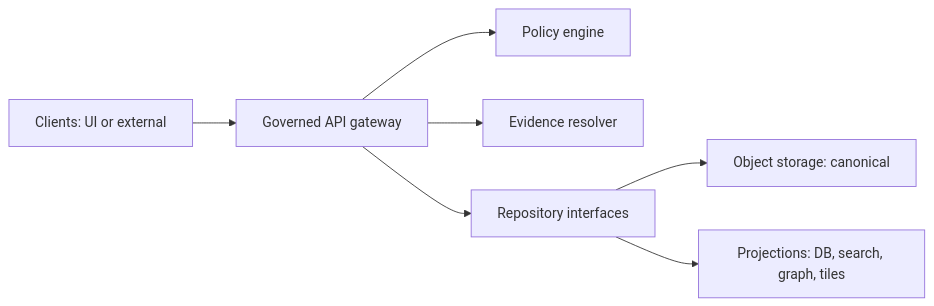
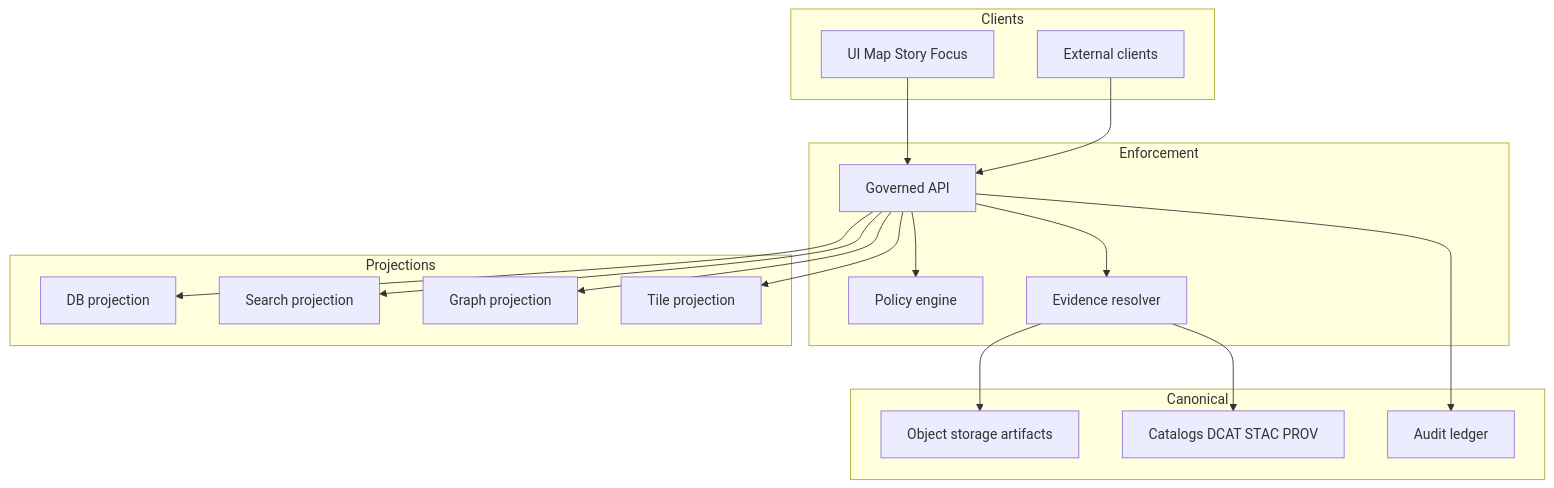
One commit to bartytime4life/Kansas-Frontier-Matrix changed the second of 3 diagrams in README.md. Above: the diagram before and after it, drawn with Mermaid. The commit also changed other lines of this file, not shown here.

````diff
--- a/README.md
+++ b/README.md
@@ -101,9 +188,38 @@
-```mermaid
-flowchart LR
-  U[Clients: UI or external] --> API[Governed API gateway]
-  API --> PE[Policy engine]
-  API --> ER[Evidence resolver]
-  API --> RI[Repository interfaces]
-  RI --> OS[Object storage: canonical]
-  RI --> PR[Projections: DB, search, graph, tiles]
-```
+~~~mermaid
+flowchart TB
+  subgraph Clients
+    UI[UI Map Story Focus]
+    EXT[External clients]
+  end
+
+  subgraph Enforcement
+    API[Governed API]
+    POL[Policy engine]
+    EV[Evidence resolver]
+  end
+
+  subgraph Canonical
+    OBJ[Object storage artifacts]
+    CAT[Catalogs DCAT STAC PROV]
+    AUD[Audit ledger]
+  end
+
+  subgraph Projections
+    DB[DB projection]
+    SRCH[Search projection]
+    GR[Graph projection]
+    TL[Tile projection]
+  end
+
+  UI --> API
+  EXT --> API
+  API --> POL
+  API --> EV
+  EV --> CAT
+  EV --> OBJ
+  API --> DB
+  API --> SRCH
+  API --> GR
+  API --> TL
+  API --> AUD
+~~~
````
